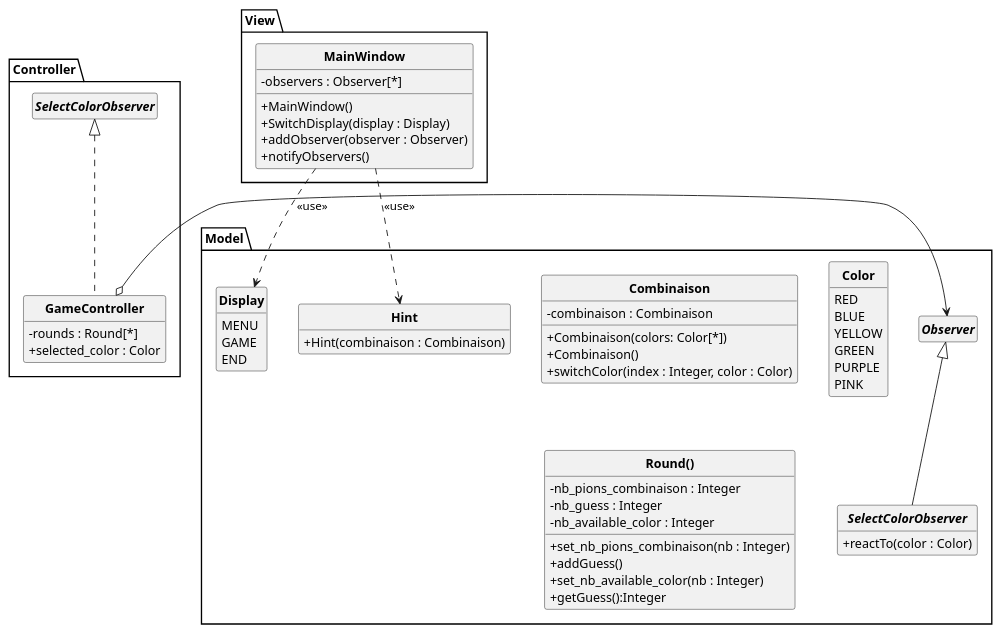
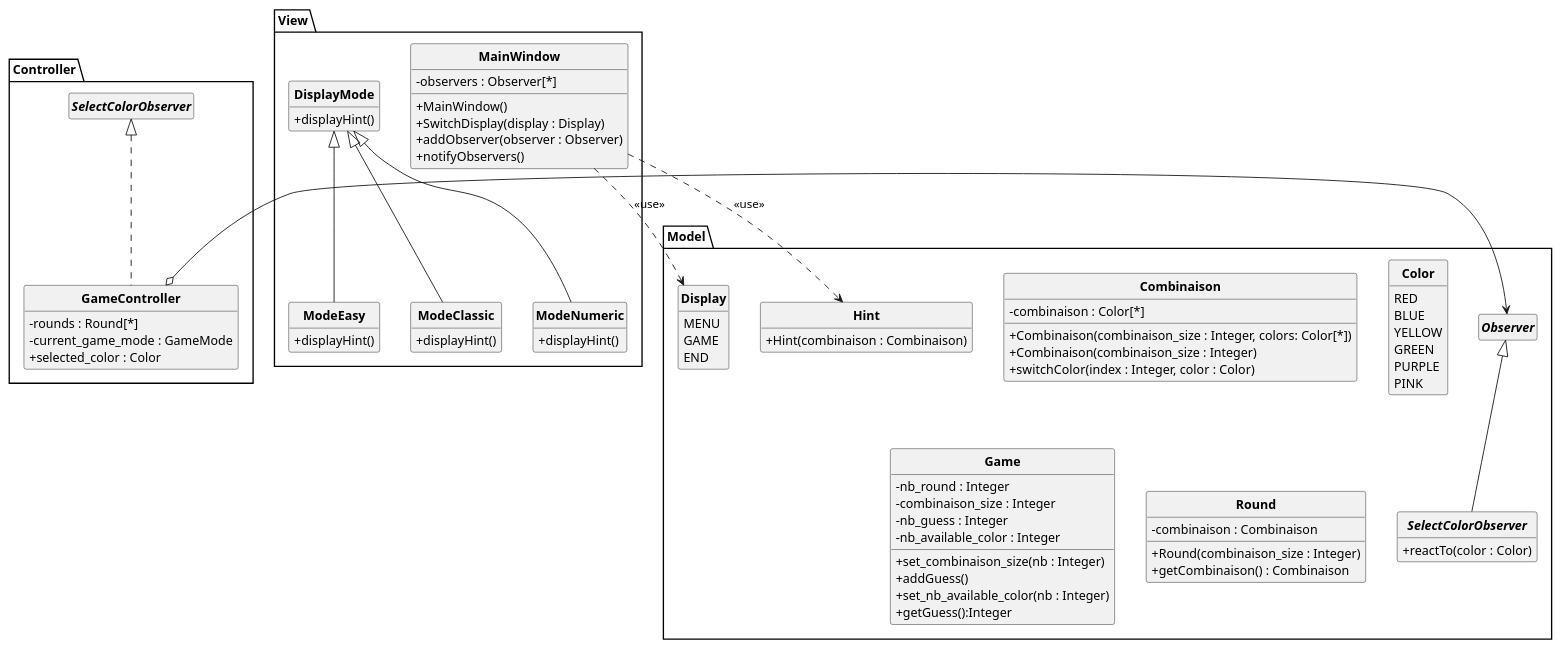
One commit to xeragon/Mastermind changed the diagram in V1/PUML/DCC.puml. Above: the diagram before and after it, drawn with PlantUML.

Commit message:
:memo: avancement sur les DCC

```diff
--- a/V1/PUML/DCC.puml
+++ b/V1/PUML/DCC.puml
@@ -1,81 +1,100 @@
 @startuml
 'https://plantuml.com/sequence-diagram
 skinparam classAttributeIconSize 0
 skinparam classFontStyle Bold
 skinparam style strictuml
 hide empty members
 
 package Model{
     interface Observer{}
     interface SelectColorObserver implements Observer{
         + reactTo(color : Color)
     }
 
 
 
 
     class Combinaison {
-        - combinaison : Combinaison
-        + Combinaison(colors: Color[*])
-        + Combinaison()
+        - combinaison : Color[*]
+        + Combinaison(combinaison_size : Integer, colors: Color[*])
+        + Combinaison(combinaison_size : Integer)
         + switchColor(index : Integer, color : Color)
+    }
 
-
-
-    }
     enum Display{
         MENU
         GAME
         END
     }
 
     enum Color {
         RED
         BLUE
         YELLOW
         GREEN
         PURPLE
         PINK
     }
 
     class Hint {
         + Hint(combinaison : Combinaison)
     }
 
-    class Round() {
-        - nb_pions_combinaison : Integer
+    class Game {
+        - nb_round : Integer
+        - combinaison_size : Integer
         - nb_guess : Integer
         - nb_available_color : Integer
-        + set_nb_pions_combinaison(nb : Integer)
+        + set_combinaison_size(nb : Integer)
         + addGuess()
         + set_nb_available_color(nb : Integer)
         + getGuess():Integer
     }
+
+    class Round {
+        - combinaison : Combinaison
+        + Round(combinaison_size : Integer)
+        + getCombinaison() : Combinaison
+    }
+
+
 }
 
 package View {
     class MainWindow {
         - observers : Observer[*]
         + MainWindow()
         + SwitchDisplay(display : Display)
         + addObserver(observer : Observer)
         + notifyObservers()
+    }
 
+    class DisplayMode {
+        + displayHint()
+    }
+
+    class ModeEasy extends DisplayMode {
+      + displayHint()
+    }
+    class ModeClassic extends DisplayMode {
+      + displayHint()
+    }
+    class ModeNumeric extends DisplayMode {
+      + displayHint()
     }
 }
 
 
 package Controller{
     class GameController implements SelectColorObserver {
         - rounds : Round[*]
+        - current_game_mode : GameMode
         + selected_color : Color
     }
-
-
 }
 GameController o-> Observer
 
 MainWindow ..> Hint: <<use>>
 MainWindow ..> Display: <<use>>
 
 @enduml
```
